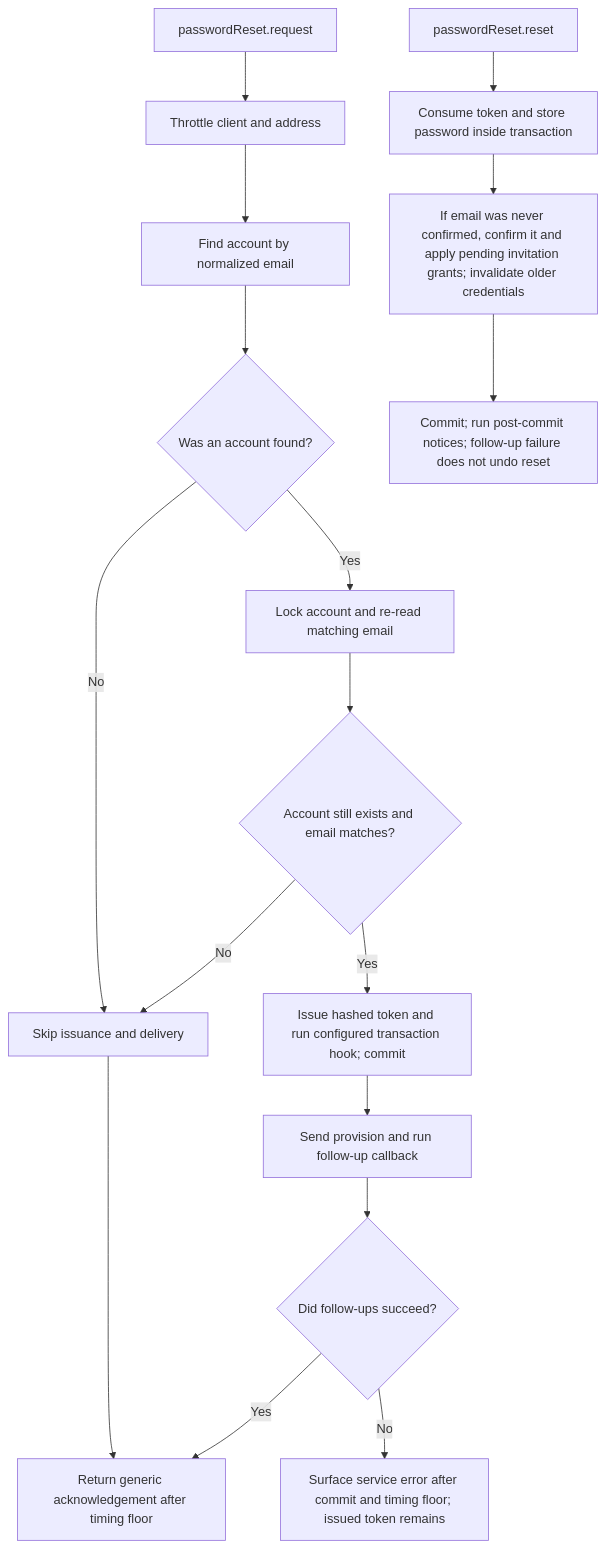
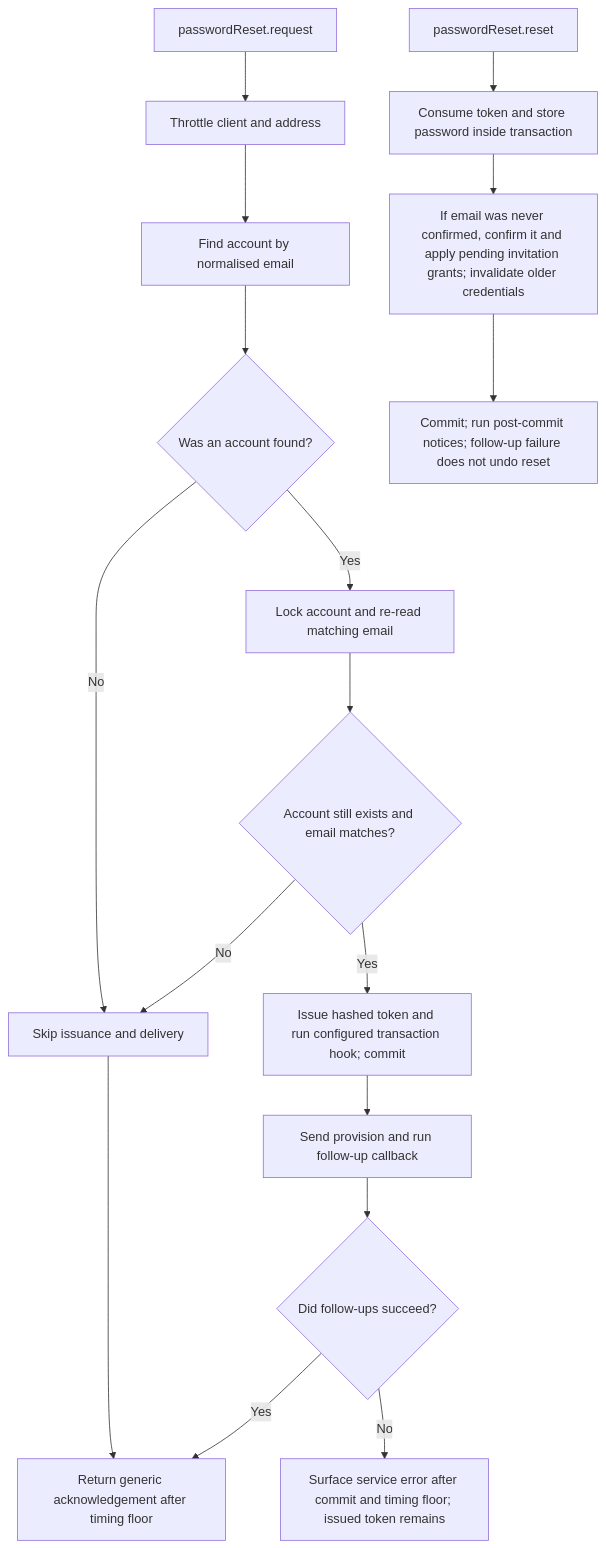
Before and after one commit to Kevinjohn/oss-adonisjs-account-kit: the second of 2 diagrams in user-stories/US-ACCOUNT-01-recover-password.md, drawn with Mermaid. The commit also changed 93 other files, not shown here.

````diff
--- a/user-stories/US-ACCOUNT-01-recover-password.md
+++ b/user-stories/US-ACCOUNT-01-recover-password.md
@@ -38,19 +38,19 @@
 ```mermaid
 flowchart TD
  REQ["passwordReset.request"] --> REQ_THROTTLE["Throttle client and address"]
- REQ_THROTTLE --> REQ_LOOKUP["Find account by normalized email"]
+ REQ_THROTTLE --> REQ_LOOKUP["Find account by normalised email"]
  REQ_LOOKUP --> REQ_KNOWN{"Was an account found?"}
  REQ_KNOWN -->|No| REQ_SKIP["Skip issuance and delivery"]
  REQ_SKIP --> REQ_ACK["Return generic acknowledgement after timing floor"]
  REQ_KNOWN -->|Yes| REQ_LOCK["Lock account and re-read matching email"]
  REQ_LOCK --> REQ_MATCH{"Account still exists and email matches?"}
  REQ_MATCH -->|No| REQ_SKIP
  REQ_MATCH -->|Yes| REQ_ISSUE["Issue hashed token and run configured transaction hook; commit"]
  REQ_ISSUE --> REQ_FOLLOW["Send provision and run follow-up callback"]
  REQ_FOLLOW --> REQ_OK{"Did follow-ups succeed?"}
  REQ_OK -->|Yes| REQ_ACK
  REQ_OK -->|No| REQ_ERROR["Surface service error after commit and timing floor; issued token remains"]
  D["passwordReset.reset"] --> E["Consume token and store password inside transaction"]
  E --> F["If email was never confirmed, confirm it and apply pending invitation grants; invalidate older credentials"]
  F --> G["Commit; run post-commit notices; follow-up failure does not undo reset"]
 ```
````
